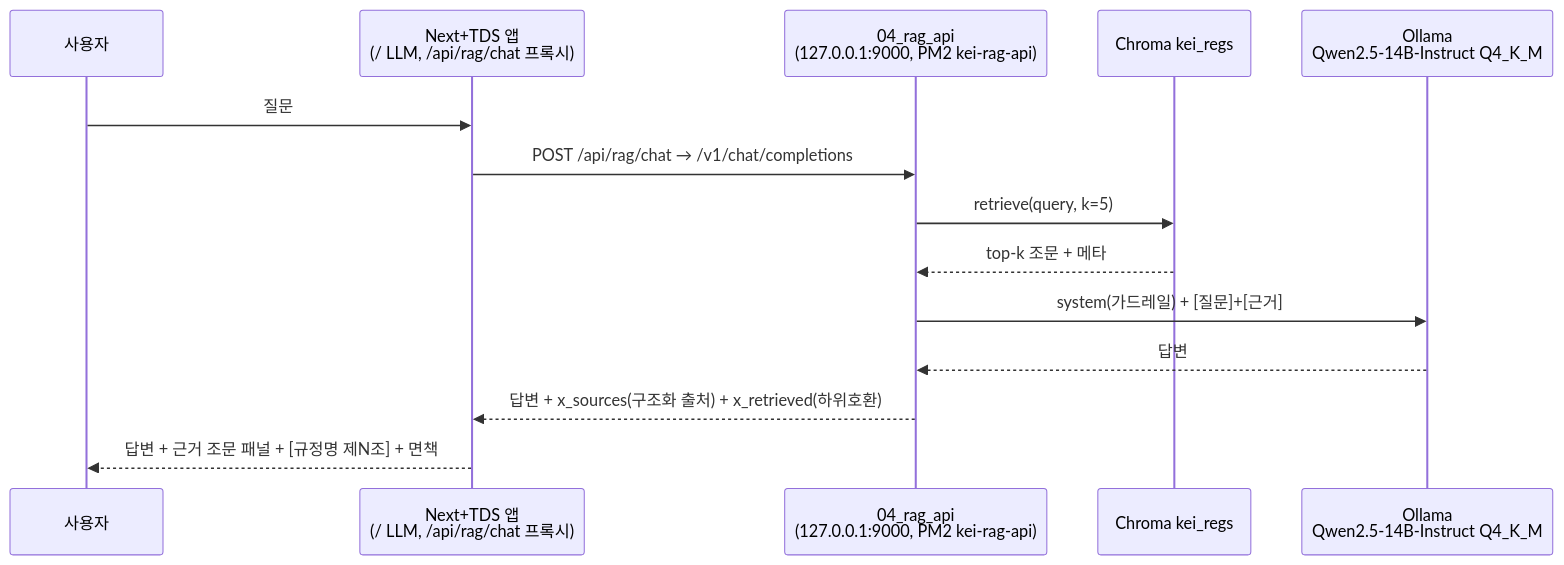
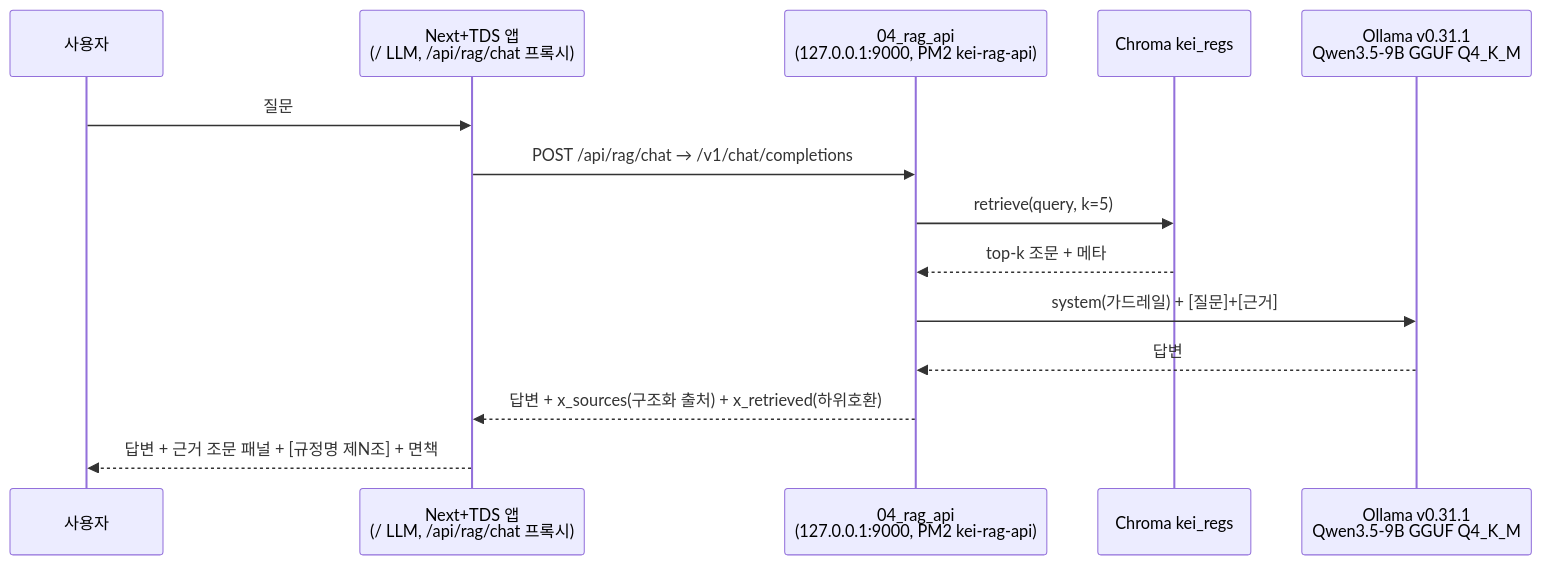
One commit to mooner92/KEIAdminSuperv changed the second of 4 diagrams in docs/05-rag-design.md. Above: the diagram before and after it, drawn with Mermaid. The commit also changed other lines of this file and 17 other files, not shown here.

First line of the commit message:
docs: README + docs 전체 최신화 — Qwen3.5/Ollama·Next.js+TDS·7시스템·신규 플래그

````diff
--- a/docs/05-rag-design.md
+++ b/docs/05-rag-design.md
@@ -300,16 +300,16 @@
 ```mermaid
 sequenceDiagram
   participant U as 사용자
   participant W as Next+TDS 앱<br/>(/ LLM, /api/rag/chat 프록시)
   participant A as 04_rag_api<br/>(127.0.0.1:9000, PM2 kei-rag-api)
   participant C as Chroma kei_regs
-  participant V as Ollama<br/>Qwen2.5-14B-Instruct Q4_K_M
+  participant V as Ollama v0.31.1<br/>Qwen3.5-9B GGUF Q4_K_M
   U->>W: 질문
   W->>A: POST /api/rag/chat → /v1/chat/completions
   A->>C: retrieve(query, k=5)
   C-->>A: top-k 조문 + 메타
   A->>V: system(가드레일) + [질문]+[근거]
   V-->>A: 답변
   A-->>W: 답변 + x_sources(구조화 출처) + x_retrieved(하위호환)
   W-->>U: 답변 + 근거 조문 패널 + [규정명 제N조] + 면책
 ```
````
